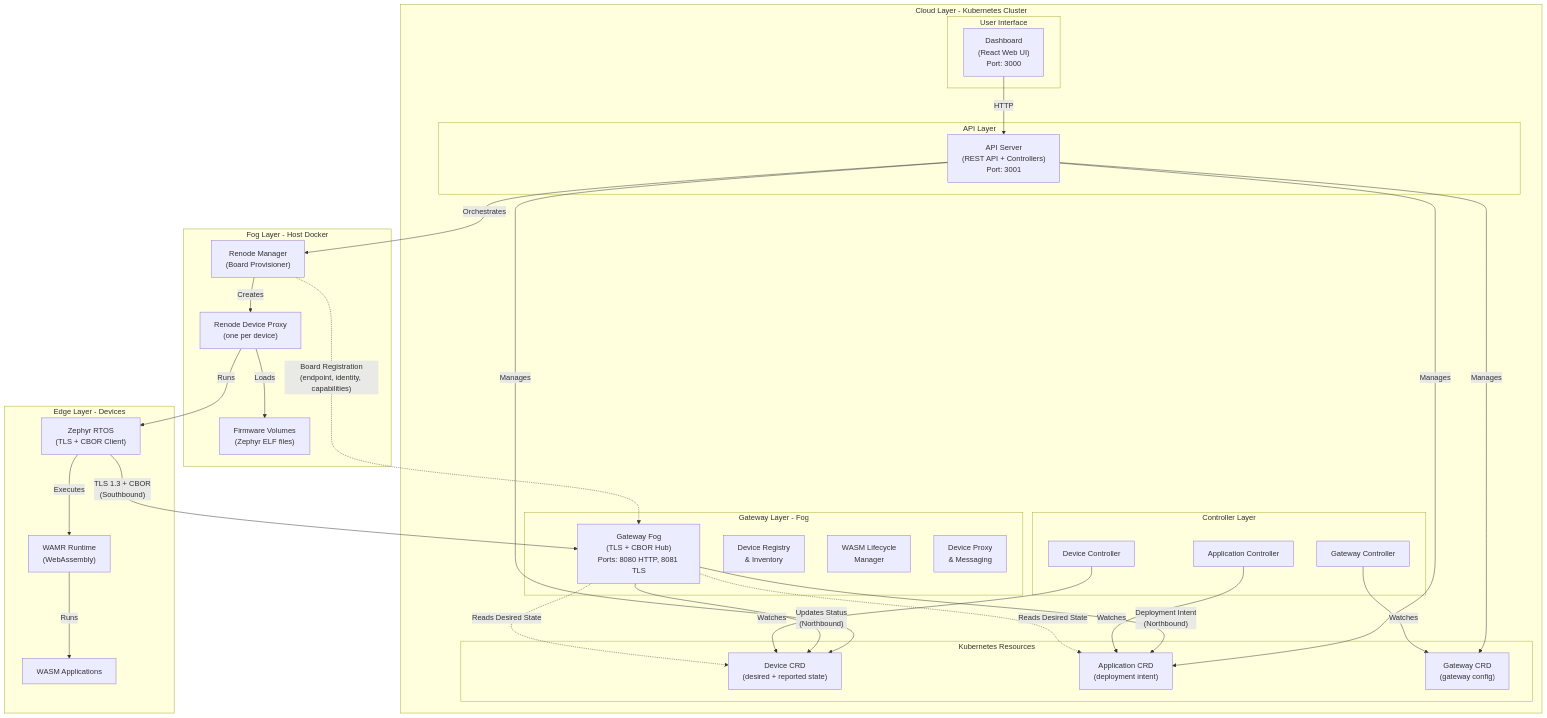
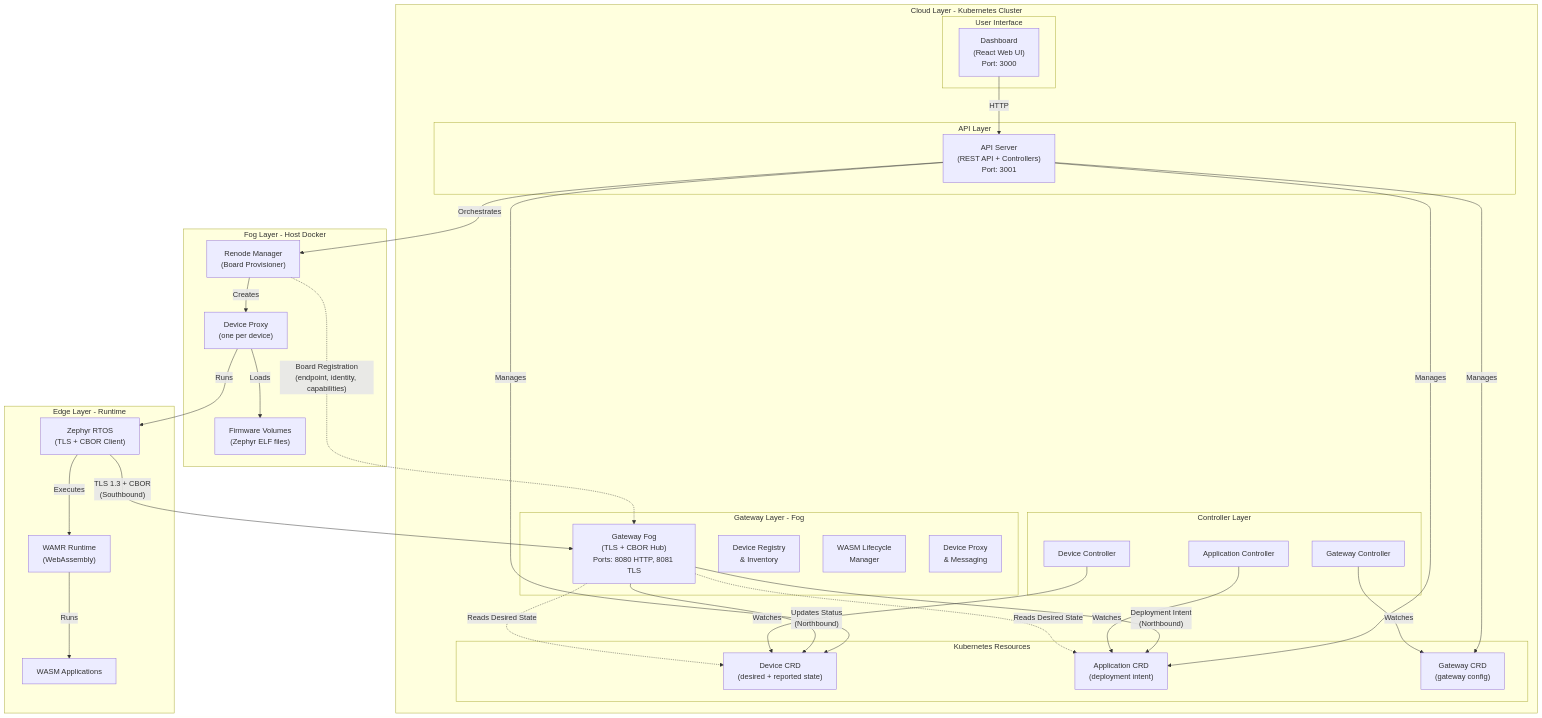
One commit to lucadagati/retrospect changed the first of 3 diagrams in README.md. Above: the diagram before and after it, drawn with Mermaid. The commit also changed other lines of this file and 39 other files, not shown here.

````diff
--- a/README.md
+++ b/README.md
@@ -46,63 +46,63 @@
 ```mermaid
 graph TB
     subgraph "Cloud Layer - Kubernetes Cluster"
         subgraph "User Interface"
             Dashboard["Dashboard<br/>(React Web UI)<br/>Port: 3000"]
         end
         
         subgraph "API Layer"
             APIServer["API Server<br/>(REST API + Controllers)<br/>Port: 3001"]
         end
         
         subgraph "Gateway Layer - Fog"
             Gateway["Gateway Fog<br/>(TLS + CBOR Hub)<br/>Ports: 8080 HTTP, 8081 TLS"]
             GWReg["Device Registry<br/>& Inventory"]
             GWLife["WASM Lifecycle<br/>Manager"]
             GWProxy["Device Proxy<br/>& Messaging"]
         end
         
         subgraph "Controller Layer"
             DeviceCtrl["Device Controller"]
             AppCtrl["Application Controller"]
             GatewayCtrl["Gateway Controller"]
         end
         
         subgraph "Kubernetes Resources"
             DeviceCRD["Device CRD<br/>(desired + reported state)"]
             AppCRD["Application CRD<br/>(deployment intent)"]
             GatewayCRD["Gateway CRD<br/>(gateway config)"]
         end
     end
     
     subgraph "Fog Layer - Host Docker"
         RenodeMgr["Renode Manager<br/>(Board Provisioner)"]
-        RenodeCont["Renode Device Proxy<br/>(one per device)"]
+        DevProxy["Device Proxy<br/>(one per device)"]
         FirmwareVol["Firmware Volumes<br/>(Zephyr ELF files)"]
     end
     
-    subgraph "Edge Layer - Devices"
+    subgraph "Edge Layer - Runtime"
         Zephyr["Zephyr RTOS<br/>(TLS + CBOR Client)"]
         WAMR["WAMR Runtime<br/>(WebAssembly)"]
         WASMApp["WASM Applications"]
     end
     
     Dashboard -->|HTTP| APIServer
     APIServer -->|Manages| DeviceCRD
     APIServer -->|Manages| AppCRD
     APIServer -->|Manages| GatewayCRD
     APIServer -->|Orchestrates| RenodeMgr
-    RenodeMgr -->|Creates| RenodeCont
+    RenodeMgr -->|Creates| DevProxy
     RenodeMgr -.->|"Board Registration<br/>(endpoint, identity, capabilities)"| Gateway
-    RenodeCont -->|Loads| FirmwareVol
-    RenodeCont -->|Runs| Zephyr
+    DevProxy -->|Loads| FirmwareVol
+    DevProxy -->|Runs| Zephyr
     Zephyr -->|Executes| WAMR
     WAMR -->|Runs| WASMApp
     Zephyr -->|"TLS 1.3 + CBOR<br/>(Southbound)"| Gateway
     Gateway -->|"Updates Status<br/>(Northbound)"| DeviceCRD
     Gateway -->|"Deployment Intent<br/>(Northbound)"| AppCRD
     DeviceCtrl -->|Watches| DeviceCRD
     AppCtrl -->|Watches| AppCRD
     GatewayCtrl -->|Watches| GatewayCRD
     Gateway -.->|"Reads Desired State"| AppCRD
     Gateway -.->|"Reads Desired State"| DeviceCRD
 ```
````
